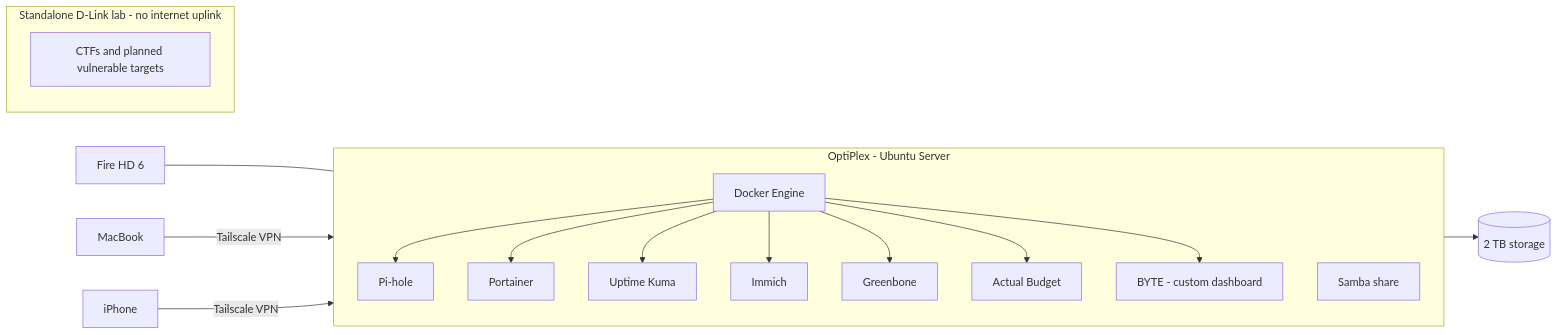
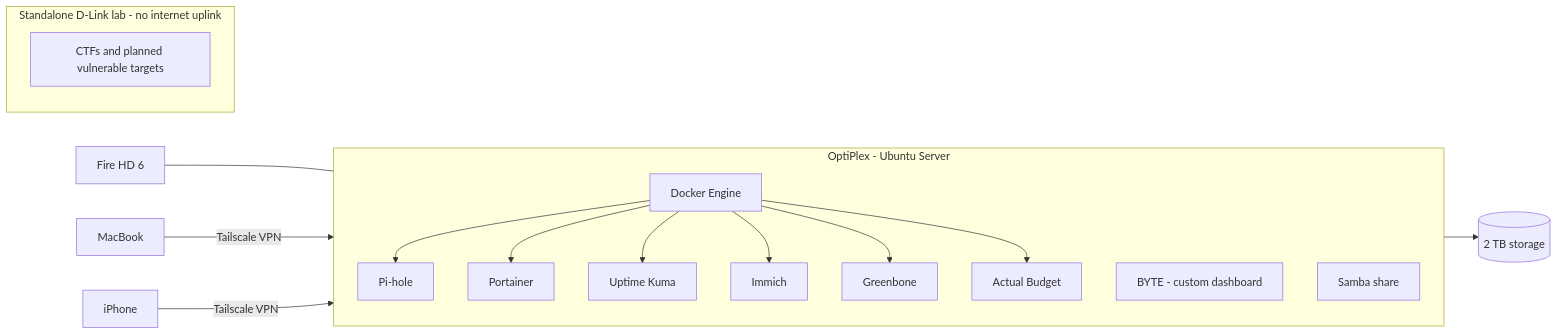
One commit to janavsatija/BLCKBX1 changed the diagram in README.md. Above: the diagram before and after it, drawn with Mermaid. The commit also changed other lines of this file, not shown here.

````diff
--- a/README.md
+++ b/README.md
@@ -64,22 +72,22 @@
 ```mermaid
 flowchart LR
     Mac[MacBook] -- Tailscale VPN --> Lab
     Phone[iPhone] -- Tailscale VPN --> Lab
     subgraph Lab[OptiPlex - Ubuntu Server]
         direction TB
         Docker[Docker Engine]
         Docker --> Pihole[Pi-hole]
         Docker --> Portainer
         Docker --> Kuma[Uptime Kuma]
         Docker --> Immich
         Docker --> Greenbone
         Docker --> Actual[Actual Budget]
-        Docker --> BYTE[BYTE - custom dashboard]
+        BYTE[BYTE - custom dashboard]
         Samba[Samba share]
     end
     Lab --> HDD[(2 TB storage)]
     Tablet[Fire HD 6] --- BYTE
     subgraph Isolated[Standalone D-Link lab - no internet uplink]
         Targets[CTFs and planned vulnerable targets]
     end
 ```
````
